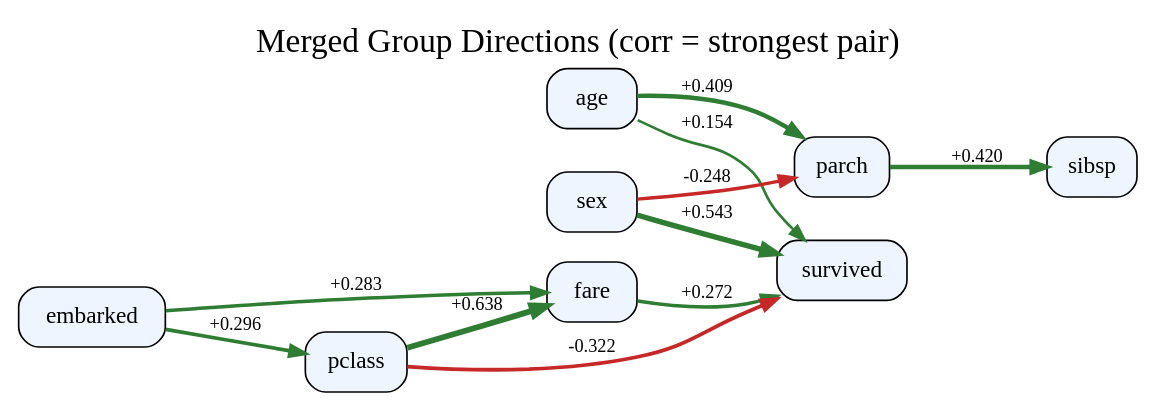
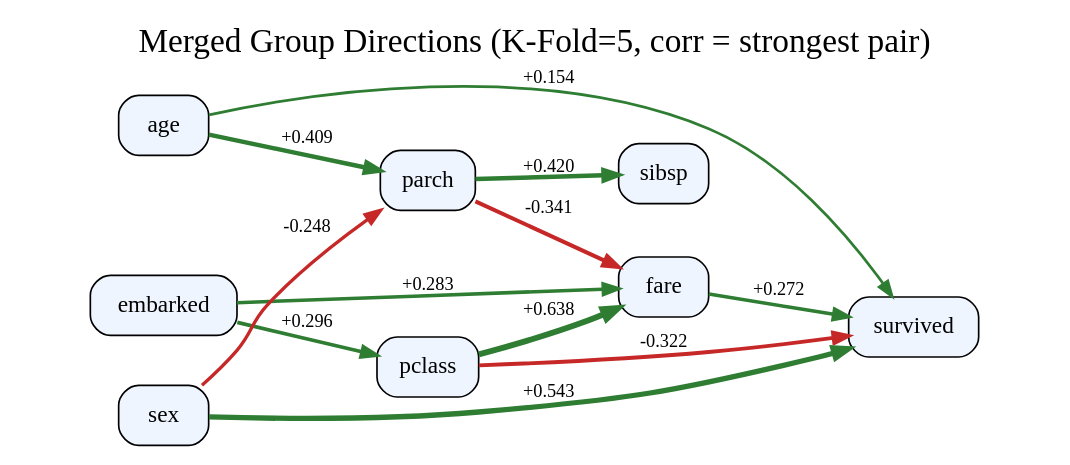
One commit to AKANEMO22/MedTCAX-Causal-Argumentative-Explainability changed the diagram in causal_argumentation-main/outputs_titanic/fci_experiment/merged_groups_fci_weighted.dot. Above: the diagram before and after it, drawn with Graphviz. The commit also changed 12 other files, not shown here.

```diff
--- a/causal_argumentation-main/outputs_titanic/fci_experiment/merged_groups_fci_weighted.dot
+++ b/causal_argumentation-main/outputs_titanic/fci_experiment/merged_groups_fci_weighted.dot
@@ -1,24 +1,25 @@
 digraph G {
 rankdir=LR;
-label="Merged Group Directions (corr = strongest pair)";
+label="Merged Group Directions (K-Fold=5, corr = strongest pair)";
 labelloc=t;
 fontsize=20;
 age [shape=box, style="rounded,filled", fillcolor="#eef5ff"];
 embarked [shape=box, style="rounded,filled", fillcolor="#eef5ff"];
 fare [shape=box, style="rounded,filled", fillcolor="#eef5ff"];
 parch [shape=box, style="rounded,filled", fillcolor="#eef5ff"];
 pclass [shape=box, style="rounded,filled", fillcolor="#eef5ff"];
 sex [shape=box, style="rounded,filled", fillcolor="#eef5ff"];
 sibsp [shape=box, style="rounded,filled", fillcolor="#eef5ff"];
 survived [shape=box, style="rounded,filled", fillcolor="#eef5ff"];
-pclass -> survived [arrowsize=0.9, label=" -0.322 ", fontsize=11, color="#c62828", penwidth=2.2892334294918806];
+fare -> survived [arrowsize=0.9, label=" +0.272 ", fontsize=11, color="#2e7d32", penwidth=2.0897039893171288];
 sex -> parch [arrowsize=0.9, label=" -0.248 ", fontsize=11, color="#c62828", penwidth=1.9900907139670658];
-age -> survived [arrowsize=0.9, label=" +0.154 ", fontsize=11, color="#2e7d32", penwidth=1.6177861699496239];
 pclass -> fare [arrowsize=0.9, label=" +0.638 ", fontsize=11, color="#2e7d32", penwidth=3.5529025850904143];
 sex -> survived [arrowsize=0.9, label=" +0.543 ", fontsize=11, color="#2e7d32", penwidth=3.17340552263102];
+embarked -> pclass [arrowsize=0.9, label=" +0.296 ", fontsize=11, color="#2e7d32", penwidth=2.1856907175866684];
+parch -> fare [arrowsize=0.9, label=" -0.341 ", fontsize=11, color="#c62828", penwidth=2.3620449319349763];
+age -> survived [arrowsize=0.9, label=" +0.154 ", fontsize=11, color="#2e7d32", penwidth=1.6177861699496239];
+parch -> sibsp [arrowsize=0.9, label=" +0.420 ", fontsize=11, color="#2e7d32", penwidth=2.680932707475021];
+pclass -> survived [arrowsize=0.9, label=" -0.322 ", fontsize=11, color="#c62828", penwidth=2.2892334294918806];
+embarked -> fare [arrowsize=0.9, label=" +0.283 ", fontsize=11, color="#2e7d32", penwidth=2.131628284544541];
 age -> parch [arrowsize=0.9, label=" +0.409 ", fontsize=11, color="#2e7d32", penwidth=2.6369918056082815];
-embarked -> fare [arrowsize=0.9, label=" +0.283 ", fontsize=11, color="#2e7d32", penwidth=2.131628284544541];
-parch -> sibsp [arrowsize=0.9, label=" +0.420 ", fontsize=11, color="#2e7d32", penwidth=2.680932707475021];
-fare -> survived [arrowsize=0.9, label=" +0.272 ", fontsize=11, color="#2e7d32", penwidth=2.0897039893171288];
-embarked -> pclass [arrowsize=0.9, label=" +0.296 ", fontsize=11, color="#2e7d32", penwidth=2.1856907175866684];
 }
```
